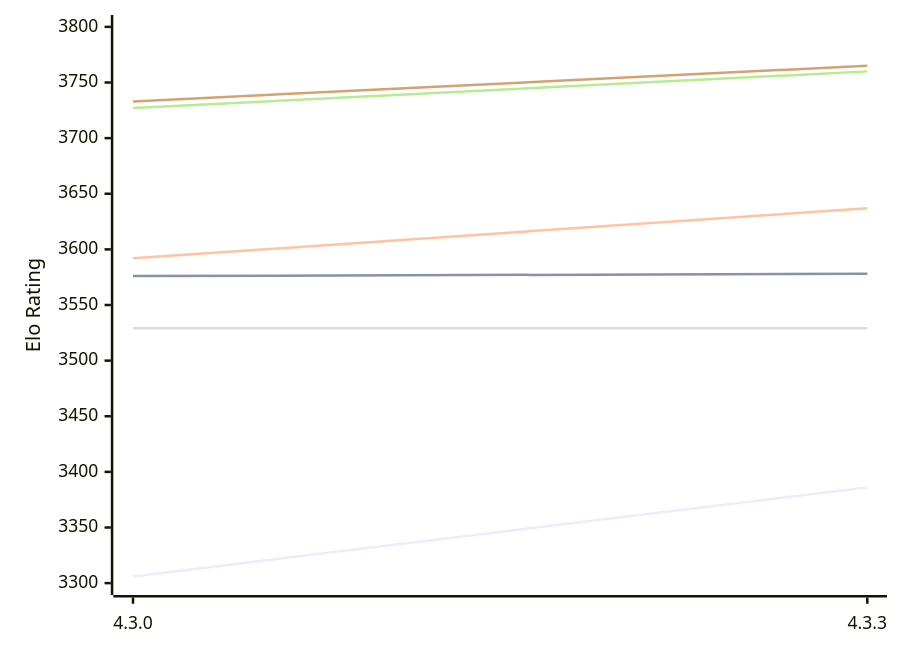
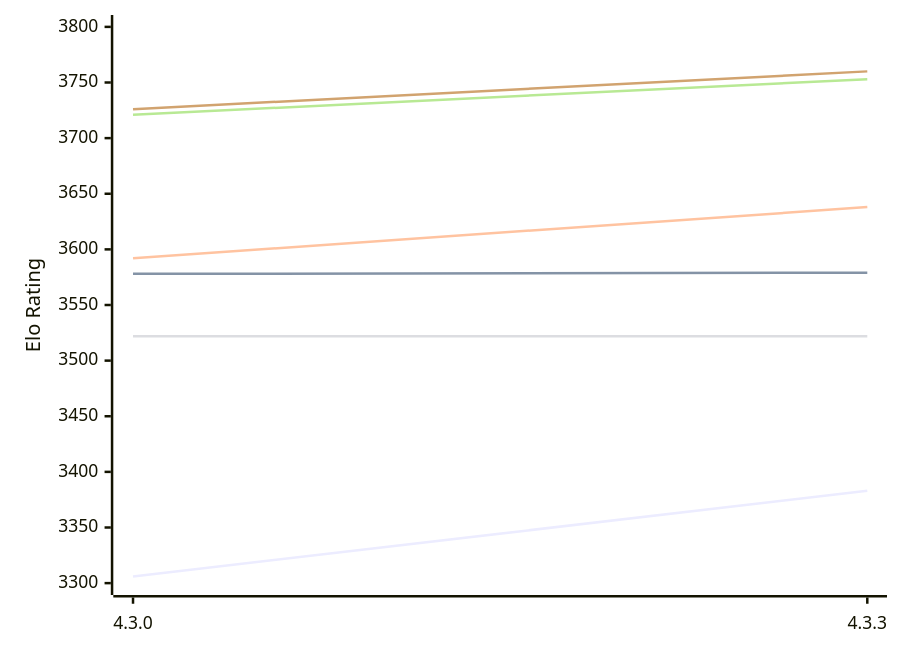
The first of 2 diagrams in engines/Gaia.md (computer-chess-index/cci), drawn with Mermaid before and after one commit. The commit also changed other lines of this file, not shown here.

Commit message:
Update CCI Ratings (ELO VLTC) - 2026-10-14

````diff
--- a/engines/Gaia.md
+++ b/engines/Gaia.md
@@ -55,12 +55,12 @@
 ```mermaid
 %%{init: {"theme":"base","themeVariables":{"seriesColors:['#a3a3a3','#222221','#faa371']}}}%%
 xychart-beta
   x-axis ["4.3.0", "4.3.3"]
   y-axis "Elo Rating" 3300 --> 3800
-  line "E1: STC (8.0+0.08s)" [3306, 3386]
-  line "E1: LTC (60.0+0.60s)" [3576, 3578]
-  line "E1: VLTC (2m24s+1.12s)" [3592, 3637]
-  line "P1: STC (8.0+0.08s)" [3529, 3529]
-  line "P1: LTC (60.0+0.60s)" [3727, 3760]
-  line "P1: VLTC (2m24s+1.12s)" [3733, 3765]
+  line "E1: STC (8.0+0.08s)" [3306, 3383]
+  line "E1: LTC (60.0+0.60s)" [3578, 3579]
+  line "E1: VLTC (2m24s+1.12s)" [3592, 3638]
+  line "P1: STC (8.0+0.08s)" [3522, 3522]
+  line "P1: LTC (60.0+0.60s)" [3721, 3753]
+  line "P1: VLTC (2m24s+1.12s)" [3726, 3760]
 ```
````
